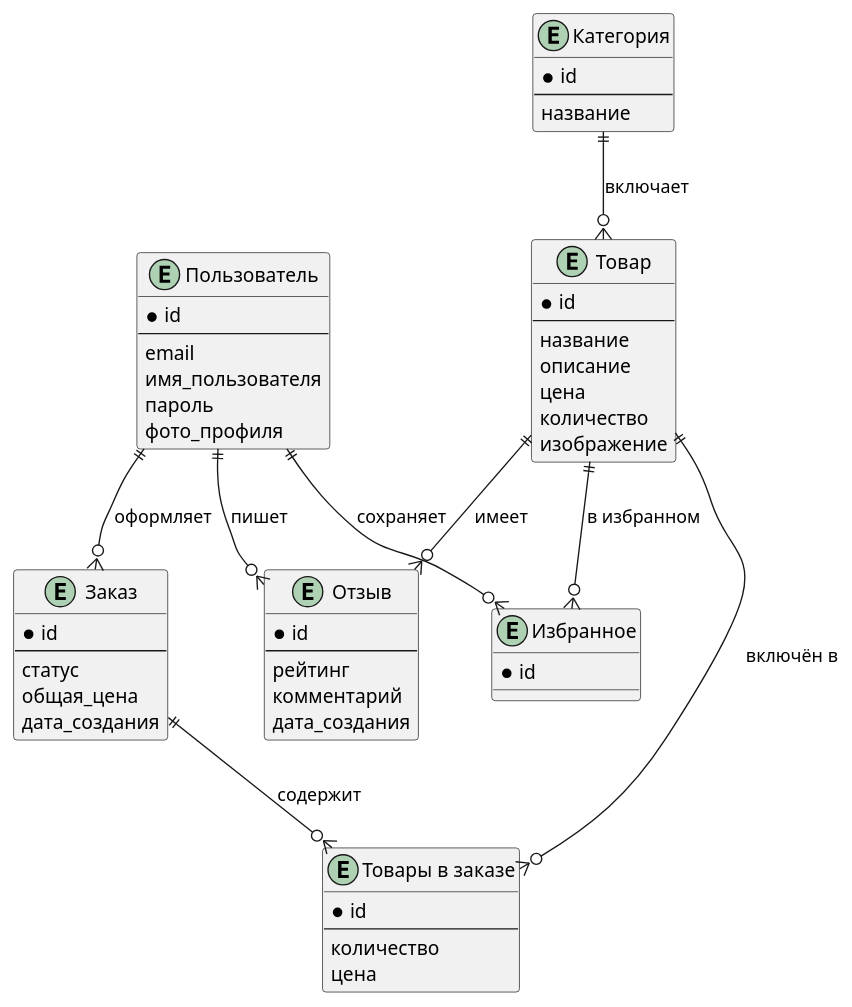
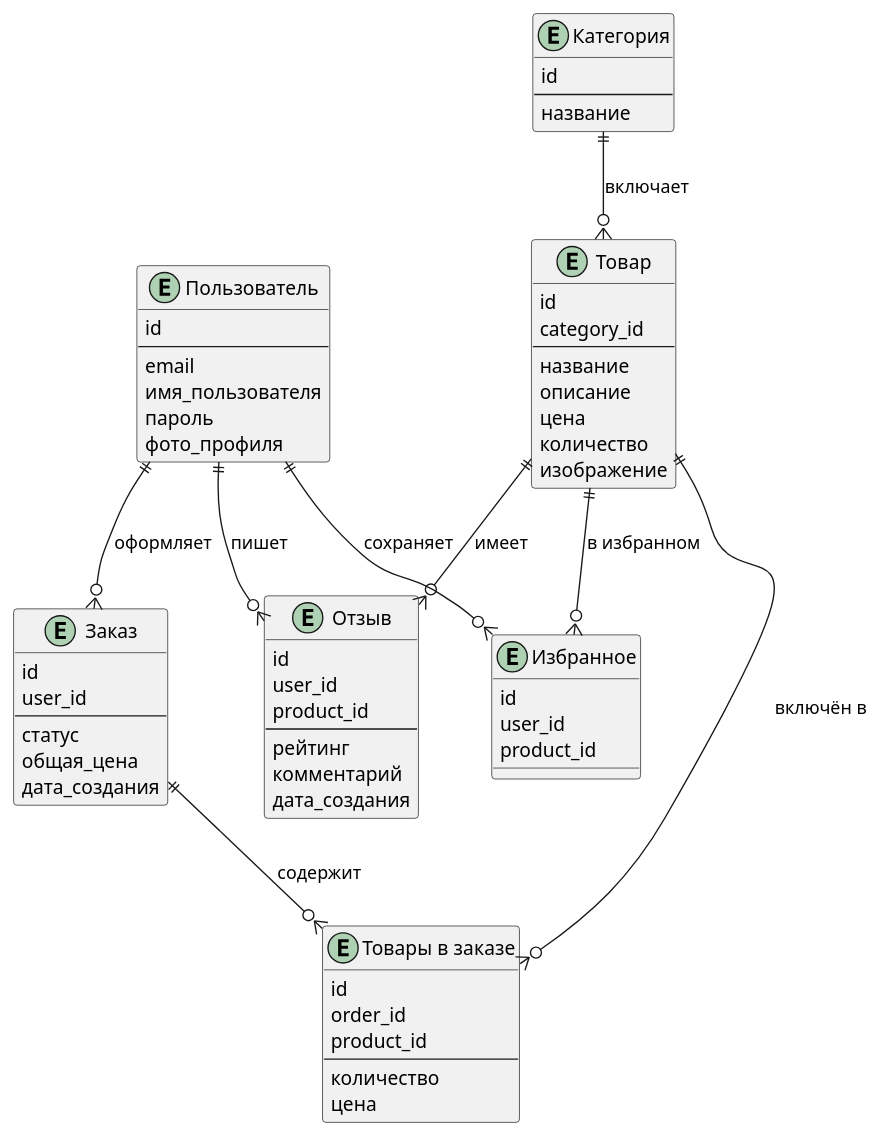
The diagram in 1.puml (KaRToSHoW/GETTER), drawn with PlantUML before and after one commit. The commit also changed 77 other files, not shown here.

```diff
--- a/1.puml
+++ b/1.puml
@@ -1,63 +1,74 @@
 @startuml
 entity "Пользователь" as User {
-    * id
+    id
     ---
     email
     имя_пользователя
     пароль
     фото_профиля
 }
 
 entity "Категория" as Category {
-    * id
+    id
     ---
     название
 }
 
 entity "Товар" as Product {
-    * id
+    id
+    category_id
     ---
     название
     описание
     цена
     количество
     изображение
 }
 
 entity "Заказ" as Order {
-    * id
+    id
+    user_id
     ---
     статус
     общая_цена
     дата_создания
 }
 
 entity "Товары в заказе" as OrderItem {
-    * id
+    id
+    order_id
+    product_id
     ---
     количество
     цена
 }
 
 entity "Отзыв" as Review {
-    * id
+    id
+    user_id
+    product_id
     ---
     рейтинг
     комментарий
     дата_создания
 }
 
 entity "Избранное" as Wishlist {
-    * id
+    id
+    user_id
+    product_id
 }
 
 ' Определение связей (инфологический уровень)
-User ||--o{ Order : "оформляет"
-User ||--o{ Review : "пишет"
-User ||--o{ Wishlist : "сохраняет"
+User ||--o{ Order : "оформляет" 
 Order ||--o{ OrderItem : "содержит"
 Product ||--o{ OrderItem : "включён в"
+
+User ||--o{ Review : "пишет"
 Product ||--o{ Review : "имеет"
+
+User ||--o{ Wishlist : "сохраняет"
 Product ||--o{ Wishlist : "в избранном"
+
 Category ||--o{ Product : "включает"
 @enduml
```
